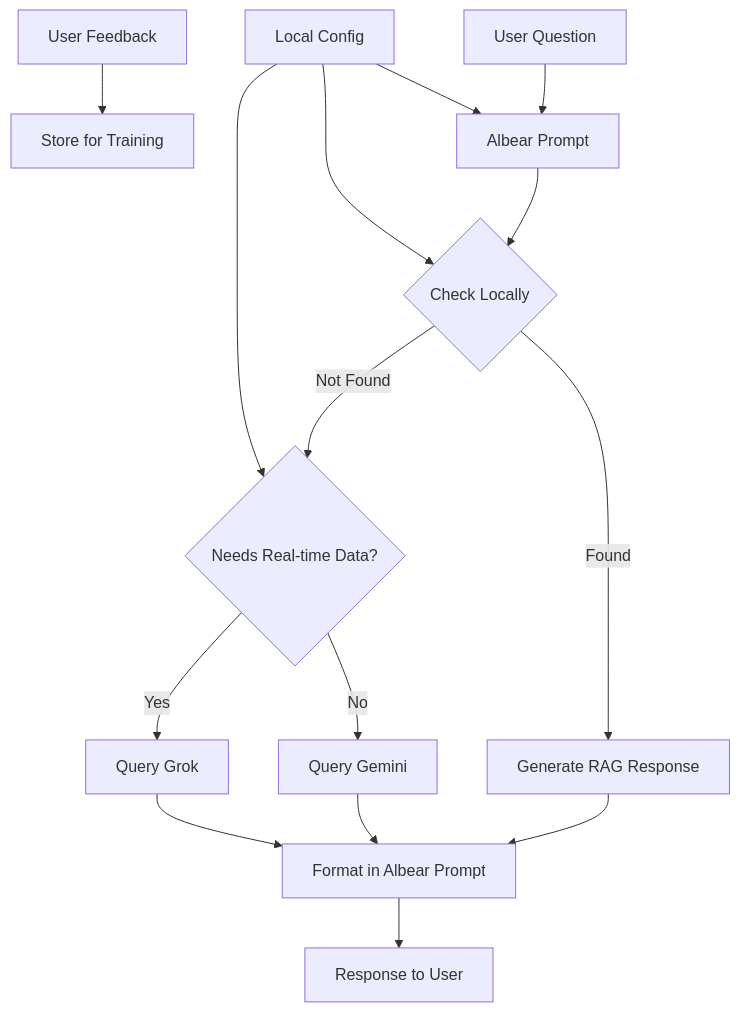
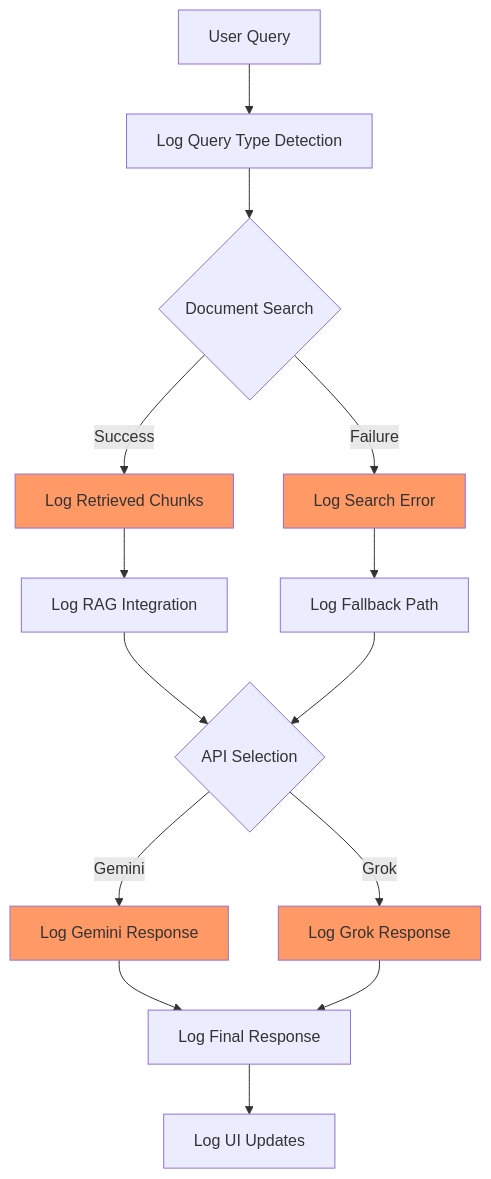
Before and after one commit to prolixalias/pt-demo-lc-rag: the fifth of 7 diagrams in README.md, drawn with Mermaid. The commit also changed other lines of this file and 131 other files, not shown here.

First line of the commit message:
update flow diagram

````diff
--- a/README.md
+++ b/README.md
@@ -3,22 +152,20 @@
 ```mermaid
 flowchart TD
-    A[User Question] --> B[Albear Prompt]
-    B --> C{Check Locally}
-    C -->|Found| D[Generate RAG Response]
-    C -->|Not Found| E{Needs Real-time Data?}
+    A[User Query] --> B[Log Query Type Detection]
+    B --> C{Document Search}
+    C -->|Success| D[Log Retrieved Chunks]
+    C -->|Failure| E[Log Search Error]
+    D --> F[Log RAG Integration]
+    E --> G[Log Fallback Path]
+    F --> H{API Selection}
+    G --> H
+    H -->|Gemini| I[Log Gemini Response]
+    H -->|Grok| J[Log Grok Response]
+    I & J --> K[Log Final Response]
+    K --> L[Log UI Updates]
     
-    E -->|No| F[Query Gemini]
-    E -->|Yes| G[Query Grok]
-    
-    D --> H[Format in Albear Prompt]
-    F --> H
-    G --> H
-    
-    H --> I[Response to User]
-    
-    J[User Feedback] --> K[Store for Training]
-    
-    L[Local Config] --> B
-    L --> C
-    L --> E
+    style D fill:#f96
+    style E fill:#f96
+    style I fill:#f96
+    style J fill:#f96
 ```
````
